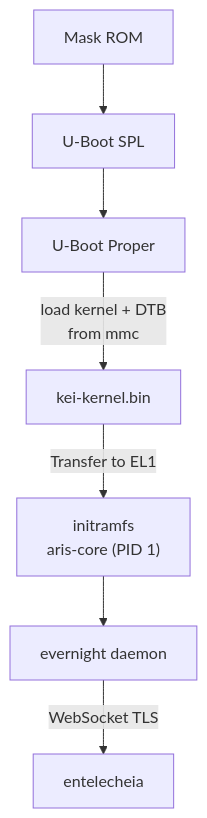
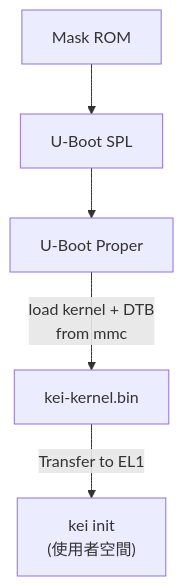
The fourth of 4 diagrams in docs/zht/guides/deployment.md (langyo/kei), drawn with Mermaid before and after one commit. The commit also changed other lines of this file and 1283 other files, not shown here.

````diff
--- a/docs/zht/guides/deployment.md
+++ b/docs/zht/guides/deployment.md
@@ -170,9 +164,7 @@
 ```mermaid
 flowchart TB
     ROM["Mask ROM"] --> SPL["U-Boot SPL"]
     SPL --> TPL["U-Boot Proper"]
     TPL -->|"load kernel + DTB\nfrom mmc"| KEI["kei-kernel.bin"]
-    KEI -->|"Transfer to EL1"| INIT["initramfs\naris-core (PID 1)"]
-    INIT --> EVN["evernight daemon"]
-    EVN -->|"WebSocket TLS"| ENT["entelecheia"]
+    KEI -->|"Transfer to EL1"| INIT["kei init\n(使用者空間)"]
 ```
````
